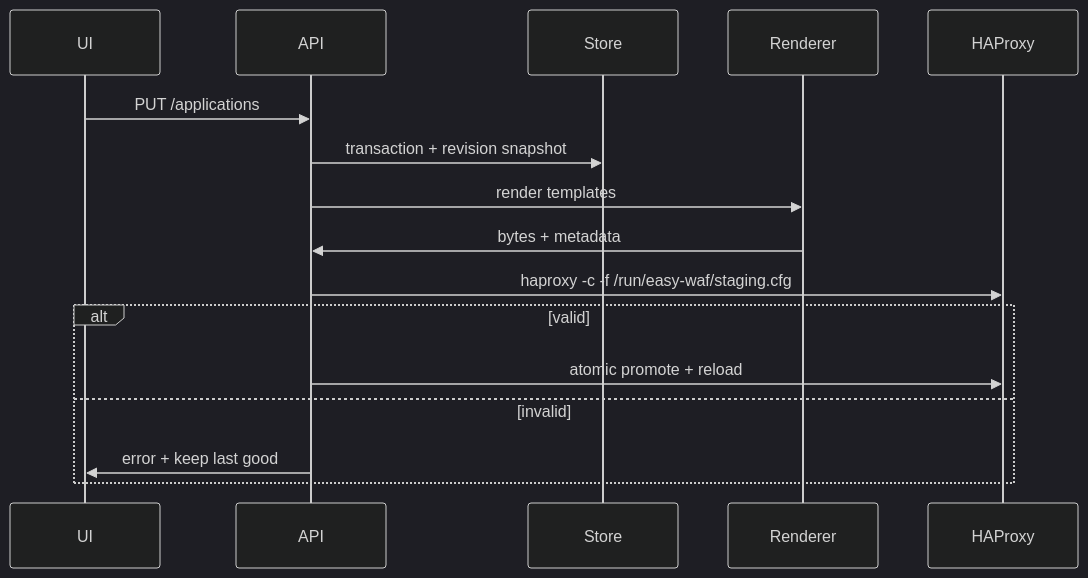
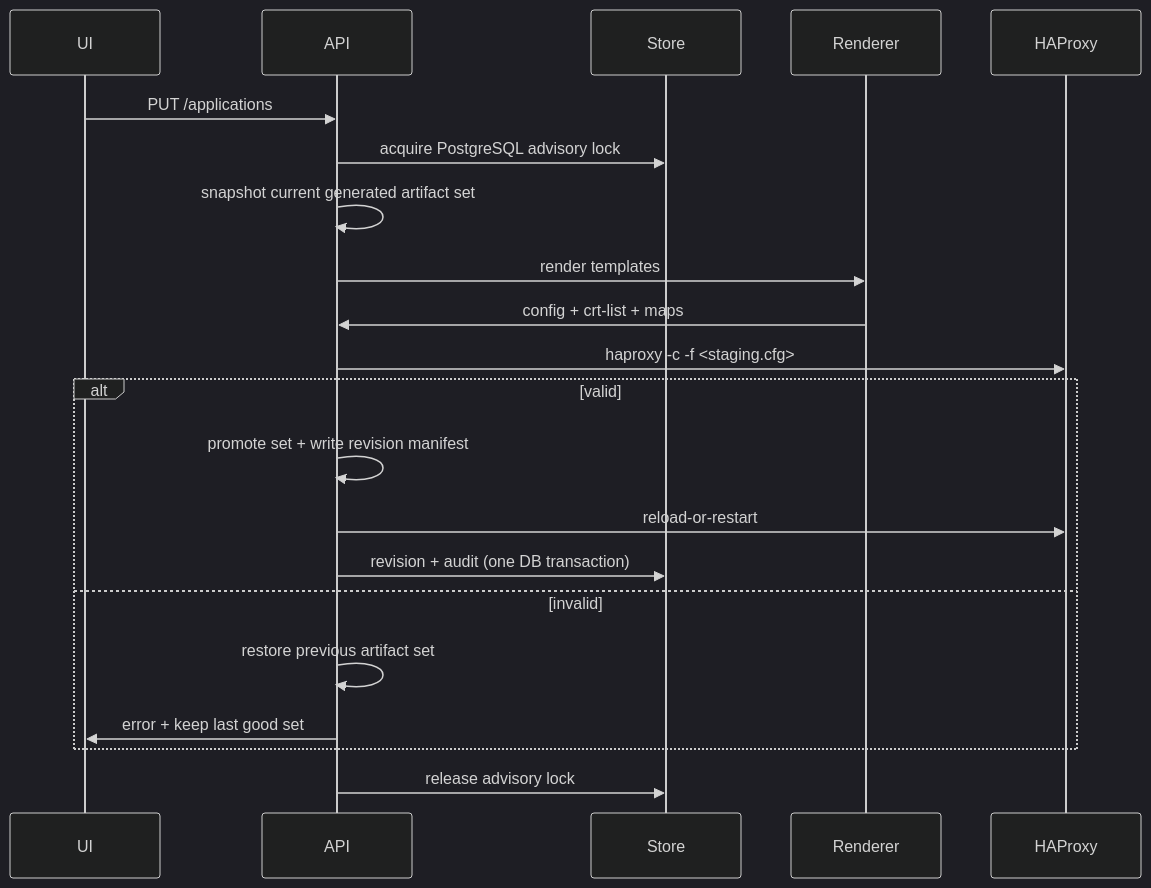
Before and after one commit to sbezpalov/easy-waf: the second of 2 diagrams in docs/ARCHITECTURE.md, drawn with Mermaid (dark theme). The commit also changed other lines of this file and 7 other files, not shown here.

Commit message:
feat: make HAProxy artifact apply transactional

````diff
--- a/docs/ARCHITECTURE.md
+++ b/docs/ARCHITECTURE.md
@@ -149,18 +150,23 @@
 ```mermaid
 sequenceDiagram
   participant UI
   participant API
   participant Store
   participant Renderer
   participant HAProxy
   UI->>API: PUT /applications
-  API->>Store: transaction + revision snapshot
+  API->>Store: acquire PostgreSQL advisory lock
+  API->>API: snapshot current generated artifact set
   API->>Renderer: render templates
-  Renderer->>API: bytes + metadata
-  API->>HAProxy: haproxy -c -f /run/easy-waf/staging.cfg
+  Renderer->>API: config + crt-list + maps
+  API->>HAProxy: haproxy -c -f <staging.cfg>
   alt valid
-    API->>HAProxy: atomic promote + reload
+    API->>API: promote set + write revision manifest
+    API->>HAProxy: reload-or-restart
+    API->>Store: revision + audit (one DB transaction)
   else invalid
-    API->>UI: error + keep last good
+    API->>API: restore previous artifact set
+    API->>UI: error + keep last good set
   end
+  API->>Store: release advisory lock
 ```
````
